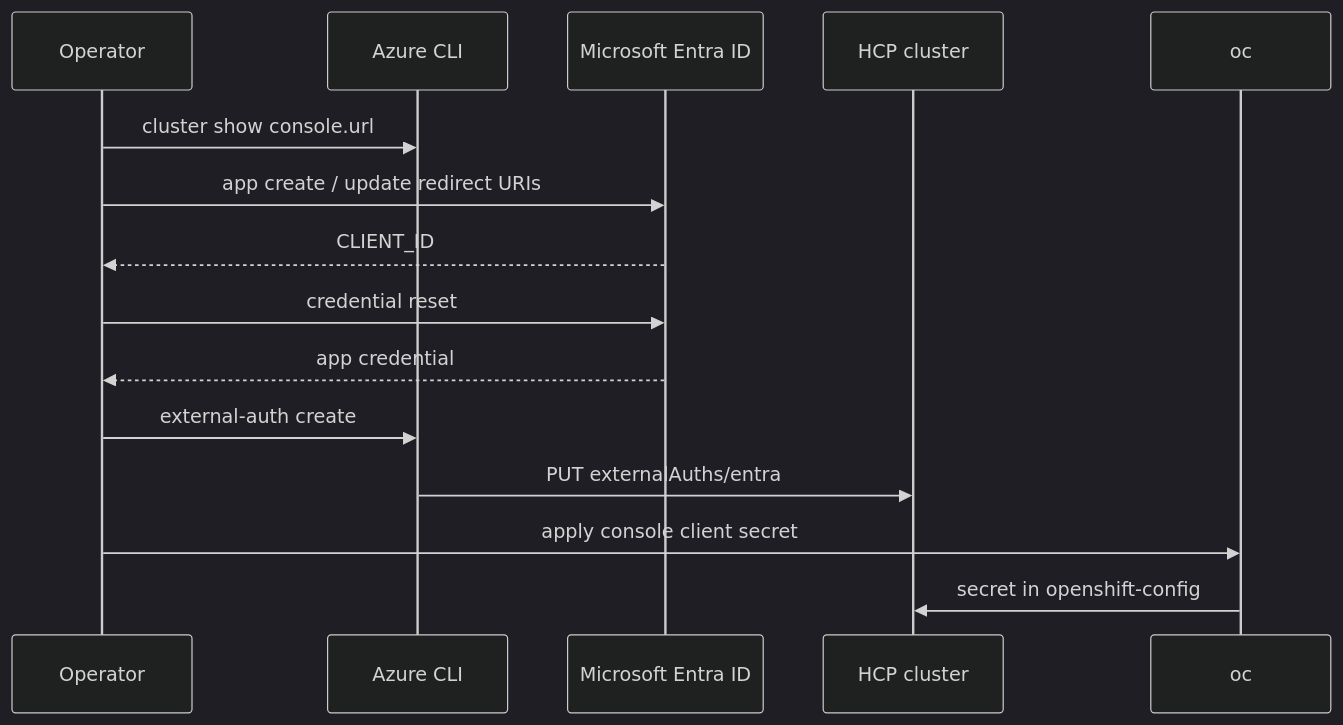
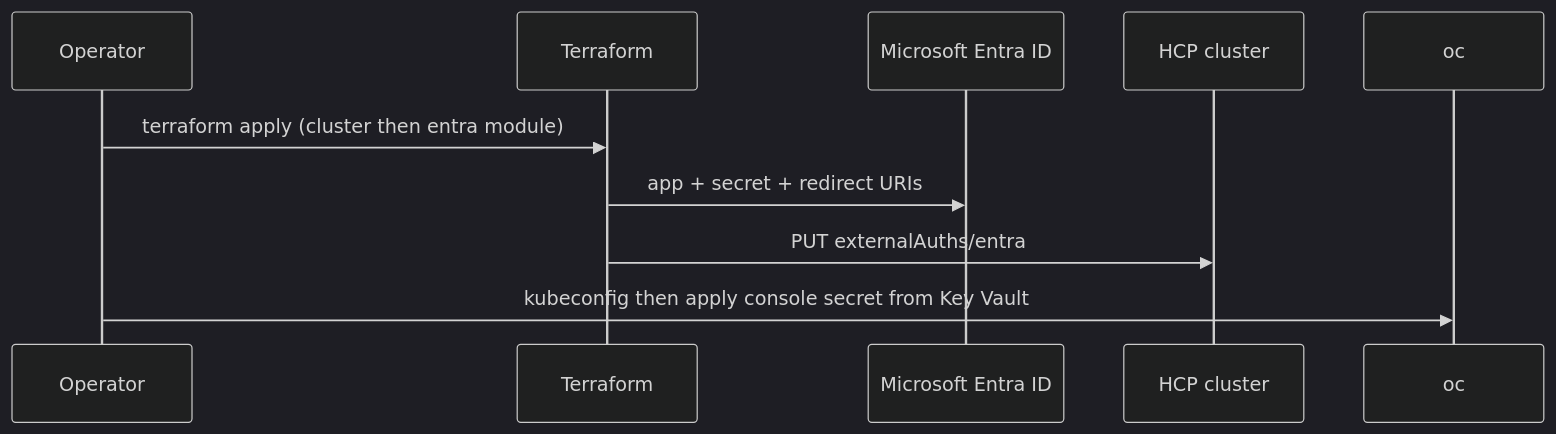
One commit to rh-mobb/aro-hcp changed diagram 11 of 13 in docs/architecture.md. Above: the diagram before and after it, drawn with Mermaid (dark theme). The commit also changed other lines of this file and 26 other files, not shown here.

First line of the commit message:
feat(entra): provision OIDC app and externalAuths in Terraform

````diff
--- a/docs/architecture.md
+++ b/docs/architecture.md
@@ -786,18 +782,13 @@
 ```mermaid
 sequenceDiagram
     participant Op as Operator
-    participant Az as Azure CLI
+    participant TF as Terraform
     participant Entra as Microsoft Entra ID
     participant Cluster as HCP cluster
     participant OC as oc
 
-    Op->>Az: cluster show console.url
-    Op->>Entra: app create / update redirect URIs
-    Entra-->>Op: CLIENT_ID
-    Op->>Entra: credential reset
-    Entra-->>Op: app credential
-    Op->>Az: external-auth create
-    Az->>Cluster: PUT externalAuths/entra
-    Op->>OC: apply console client secret
-    OC->>Cluster: secret in openshift-config
+    Op->>TF: terraform apply (cluster then entra module)
+    TF->>Entra: app + secret + redirect URIs
+    TF->>Cluster: PUT externalAuths/entra
+    Op->>OC: kubeconfig then apply console secret from Key Vault
 ```
````
